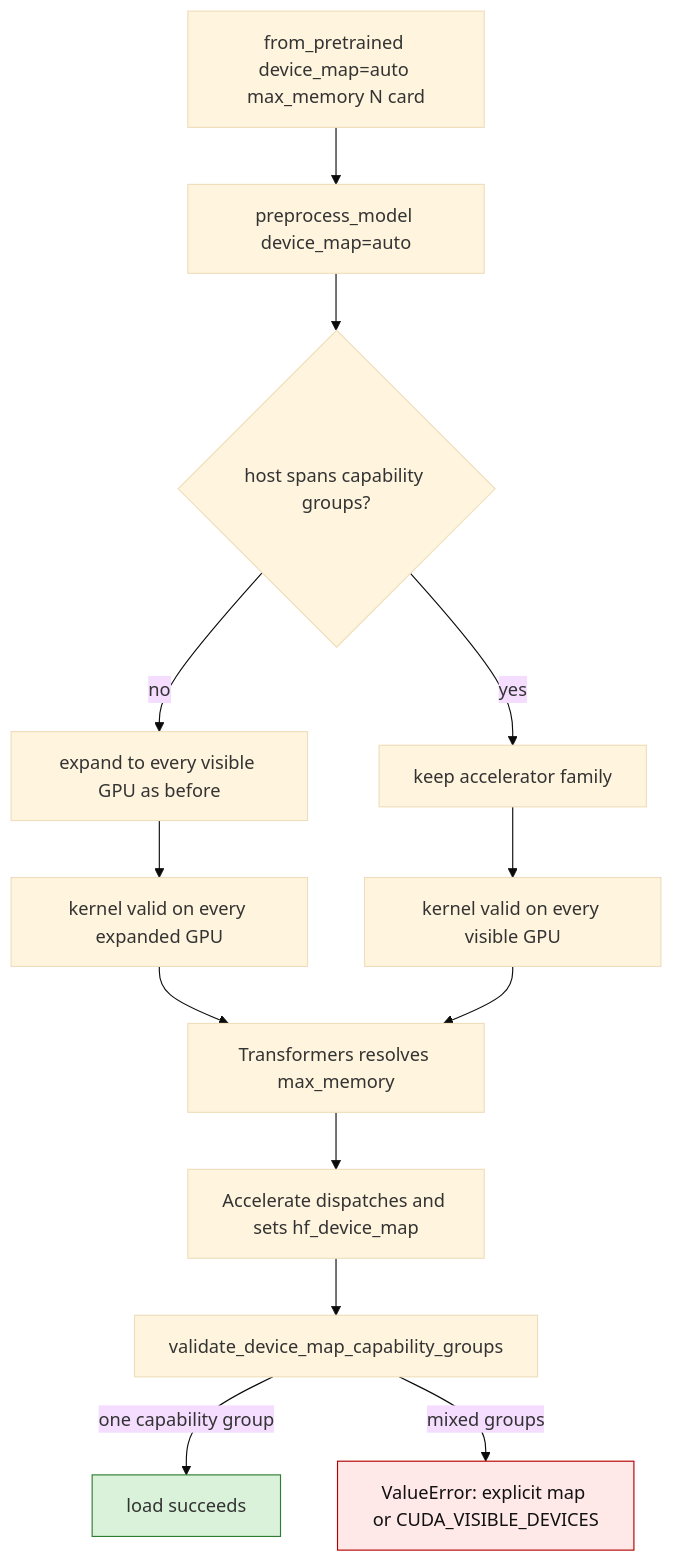
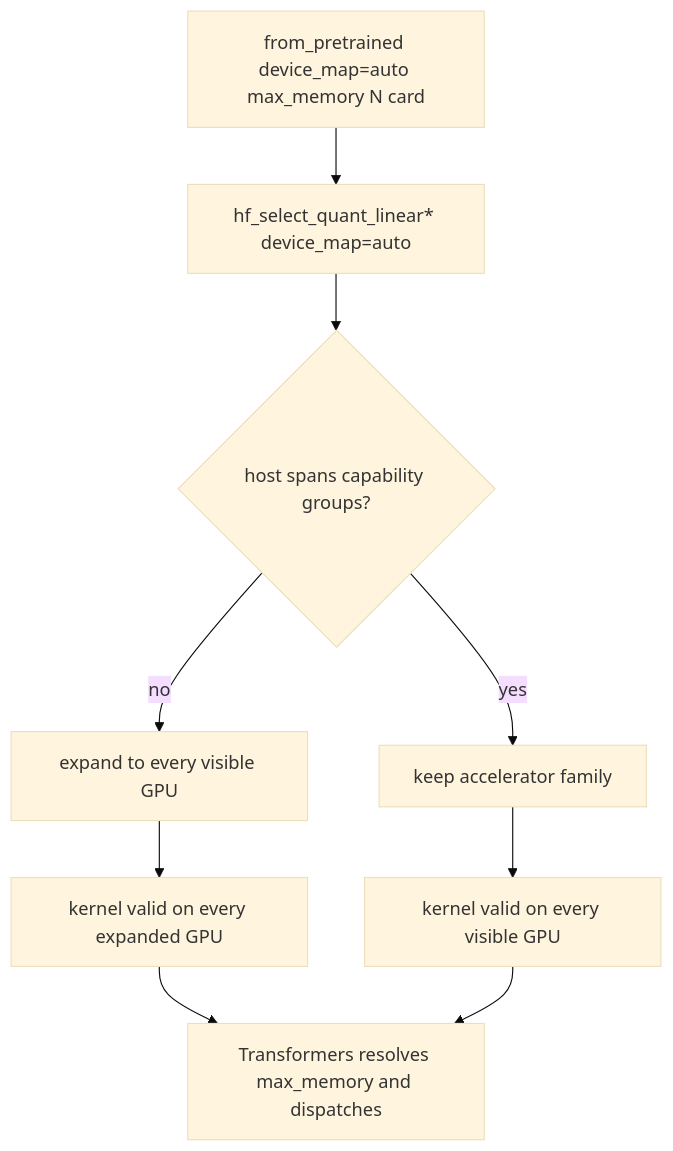
Before and after one commit to ModelCloud/GPTQModel: the sixth of 6 diagrams in docs/hf-interop.md, drawn with Mermaid (base theme). The commit also changed other lines of this file and 2458 other files, not shown here.

First line of the commit message:
Port every supported model onto the Transformers 5.23 ABI; never patch Transformers (#4620)

````diff
--- a/docs/hf-interop.md
+++ b/docs/hf-interop.md
@@ -503,19 +211,11 @@
 ```mermaid
 flowchart TD
-    A["from_pretrained device_map=auto max_memory N card"] --> B["preprocess_model device_map=auto"]
+    A["from_pretrained device_map=auto max_memory N card"] --> B["hf_select_quant_linear* device_map=auto"]
     B --> C{"host spans capability groups?"}
-    C -->|"no"| D["expand to every visible GPU as before"]
+    C -->|"no"| D["expand to every visible GPU"]
     C -->|"yes"| E["keep accelerator family"]
     D --> F["kernel valid on every expanded GPU"]
     E --> G["kernel valid on every visible GPU"]
-    F --> H["Transformers resolves max_memory"]
+    F --> H["Transformers resolves max_memory and dispatches"]
     G --> H
-    H --> I["Accelerate dispatches and sets hf_device_map"]
-    I --> J["validate_device_map_capability_groups"]
-    J -->|"one capability group"| K["load succeeds"]
-    J -->|"mixed groups"| L["ValueError: explicit map or CUDA_VISIBLE_DEVICES"]
-    classDef failure fill:#ffe8e8,stroke:#b30000,color:#111;
-    classDef ok fill:#d9f2d9,stroke:#2e7d32;
-    class L failure;
-    class K ok;
 ```
````
